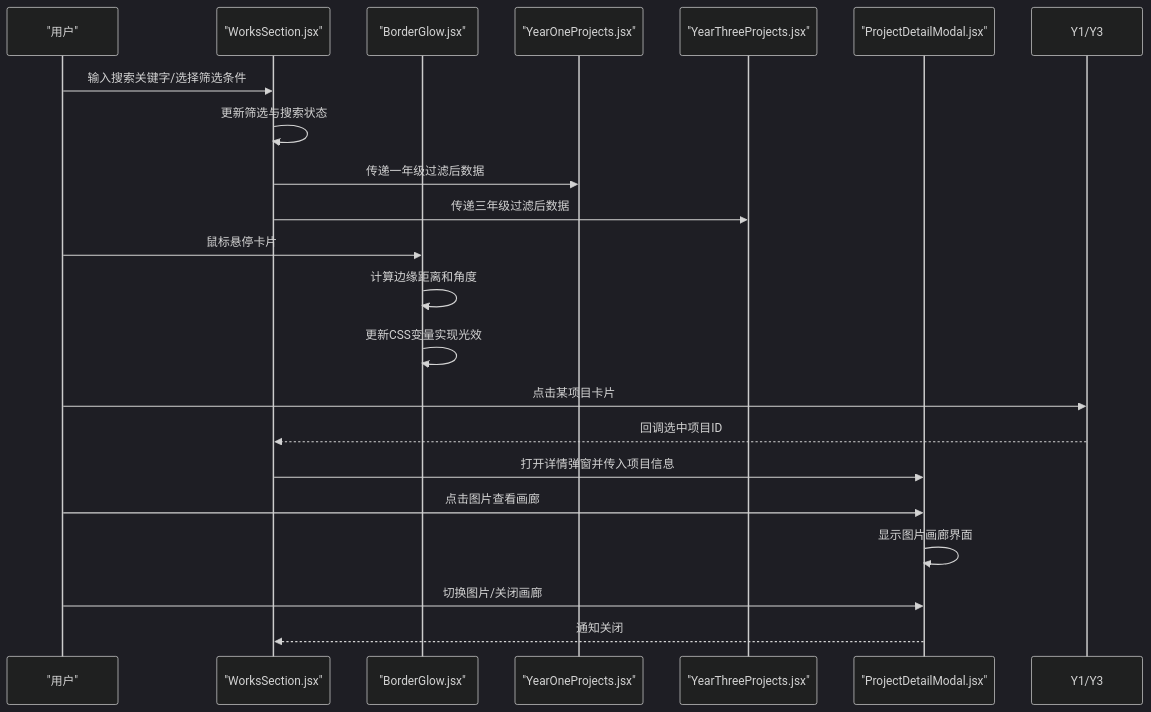
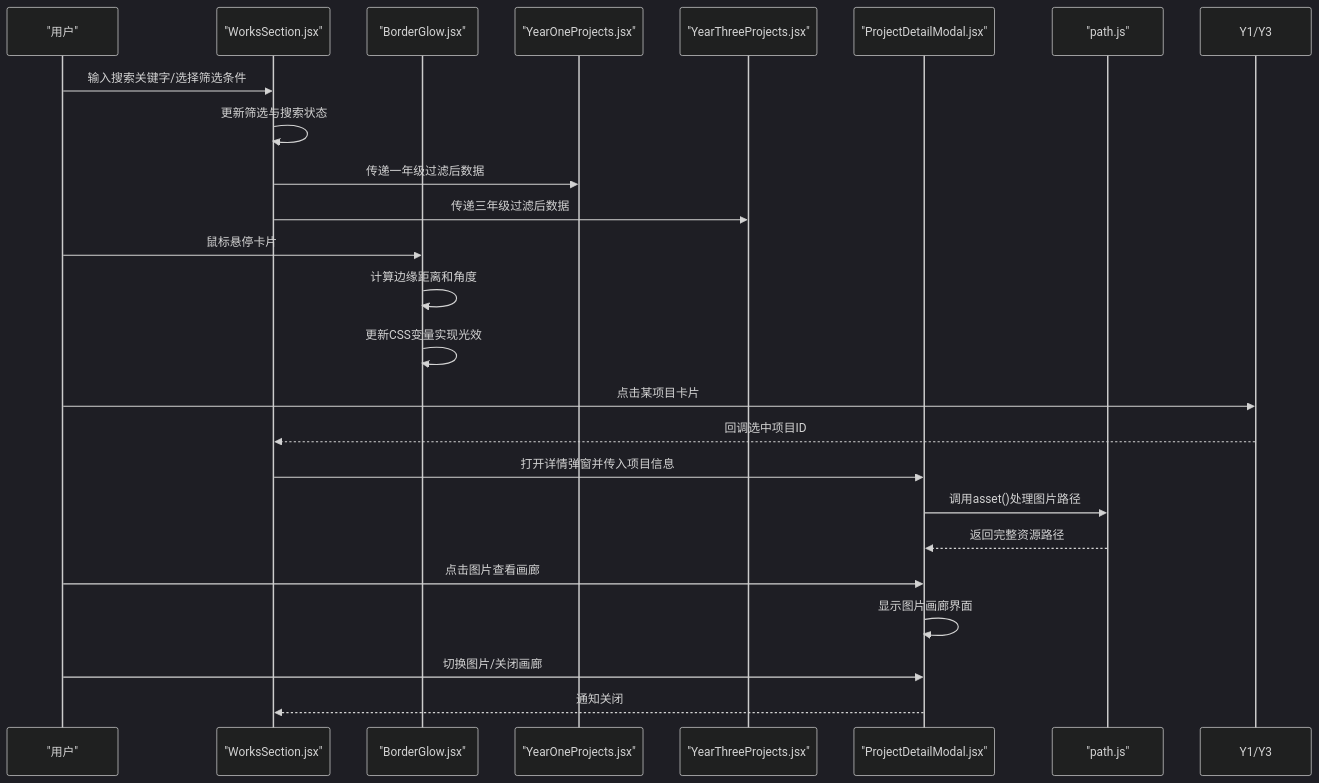
The second of 4 diagrams in .qoder/repowiki/zh/content/核心功能模块/作品展示组件/作品展示主组件.md (lithos666/lithos666.github.io), drawn with Mermaid (dark theme) before and after one commit. The commit also changed other lines of this file and 26 other files, not shown here.

````diff
--- a/.qoder/repowiki/zh/content/核心功能模块/作品展示组件/作品展示主组件.md
+++ b/.qoder/repowiki/zh/content/核心功能模块/作品展示组件/作品展示主组件.md
@@ -126,23 +141,26 @@
 ```mermaid
 sequenceDiagram
 participant U as "用户"
 participant WS as "WorksSection.jsx"
 participant BG as "BorderGlow.jsx"
 participant Y1 as "YearOneProjects.jsx"
 participant Y3 as "YearThreeProjects.jsx"
 participant PM as "ProjectDetailModal.jsx"
+participant PT as "path.js"
 U->>WS : 输入搜索关键字/选择筛选条件
 WS->>WS : 更新筛选与搜索状态
 WS->>Y1 : 传递一年级过滤后数据
 WS->>Y3 : 传递三年级过滤后数据
 U->>BG : 鼠标悬停卡片
 BG->>BG : 计算边缘距离和角度
 BG->>BG : 更新CSS变量实现光效
 U->>Y1/Y3 : 点击某项目卡片
 Y1/Y3-->>WS : 回调选中项目ID
 WS->>PM : 打开详情弹窗并传入项目信息
+PM->>PT : 调用asset()处理图片路径
+PT-->>PM : 返回完整资源路径
 U->>PM : 点击图片查看画廊
 PM->>PM : 显示图片画廊界面
 U->>PM : 切换图片/关闭画廊
 PM-->>WS : 通知关闭
 ```
````
